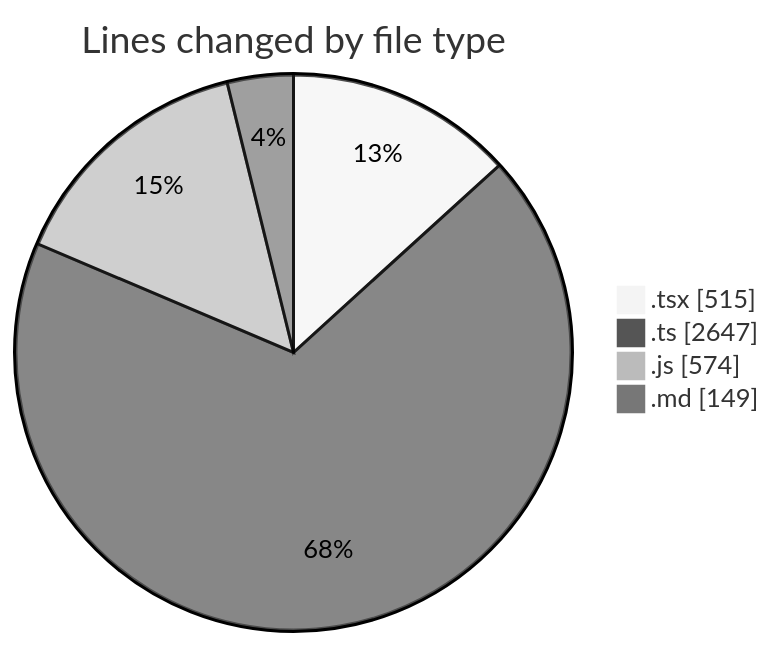
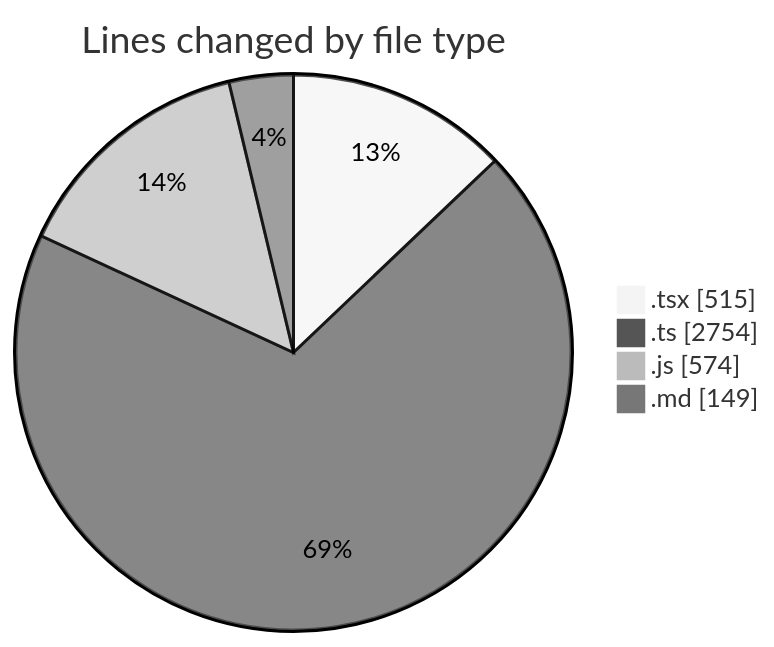
Before and after one commit to momahboobian/code-tracking: the first of 2 diagrams in 2026-06-04/cda/README.md, drawn with Mermaid (neutral theme). The commit also changed other lines of this file and 1 other file, not shown here.

````diff
--- a/2026-06-04/cda/README.md
+++ b/2026-06-04/cda/README.md
@@ -35,8 +35,8 @@
 ```mermaid
 pie showData
 title Lines changed by file type
 ".tsx" : 515
-".ts" : 2647
+".ts" : 2754
 ".js" : 574
 ".md" : 149
 ```
````
